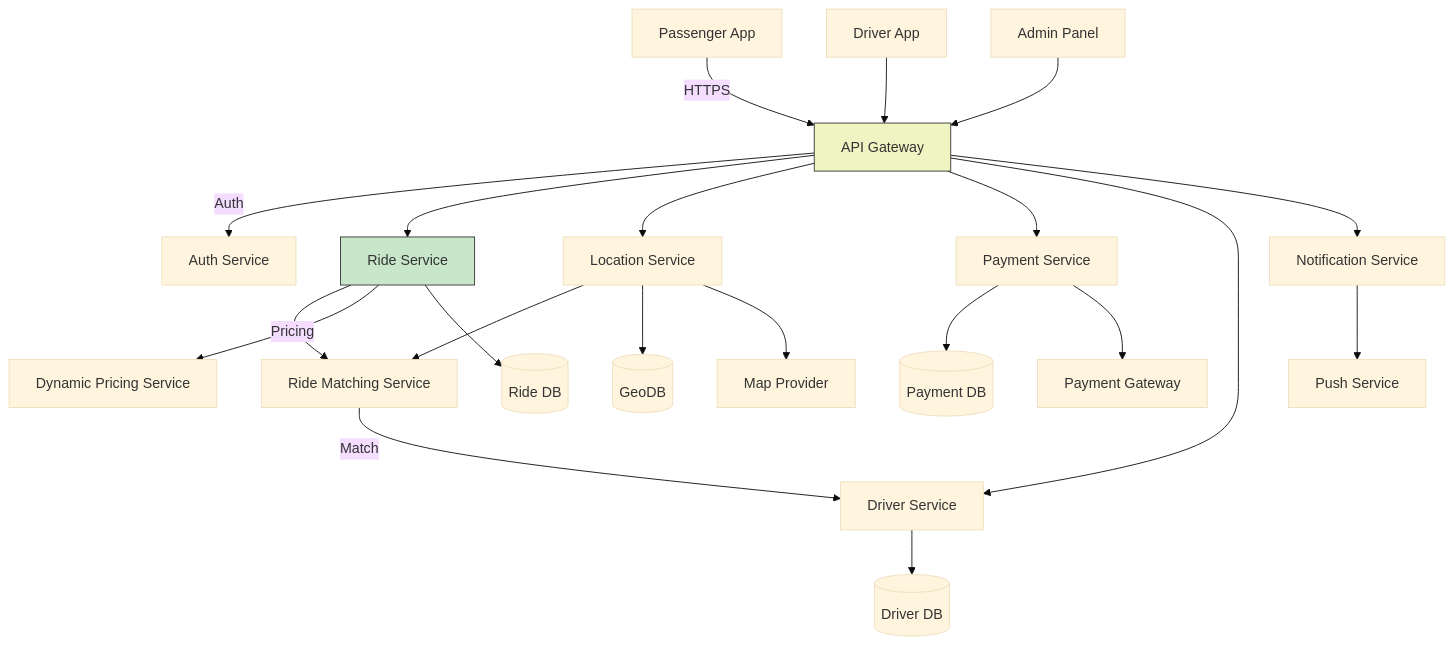
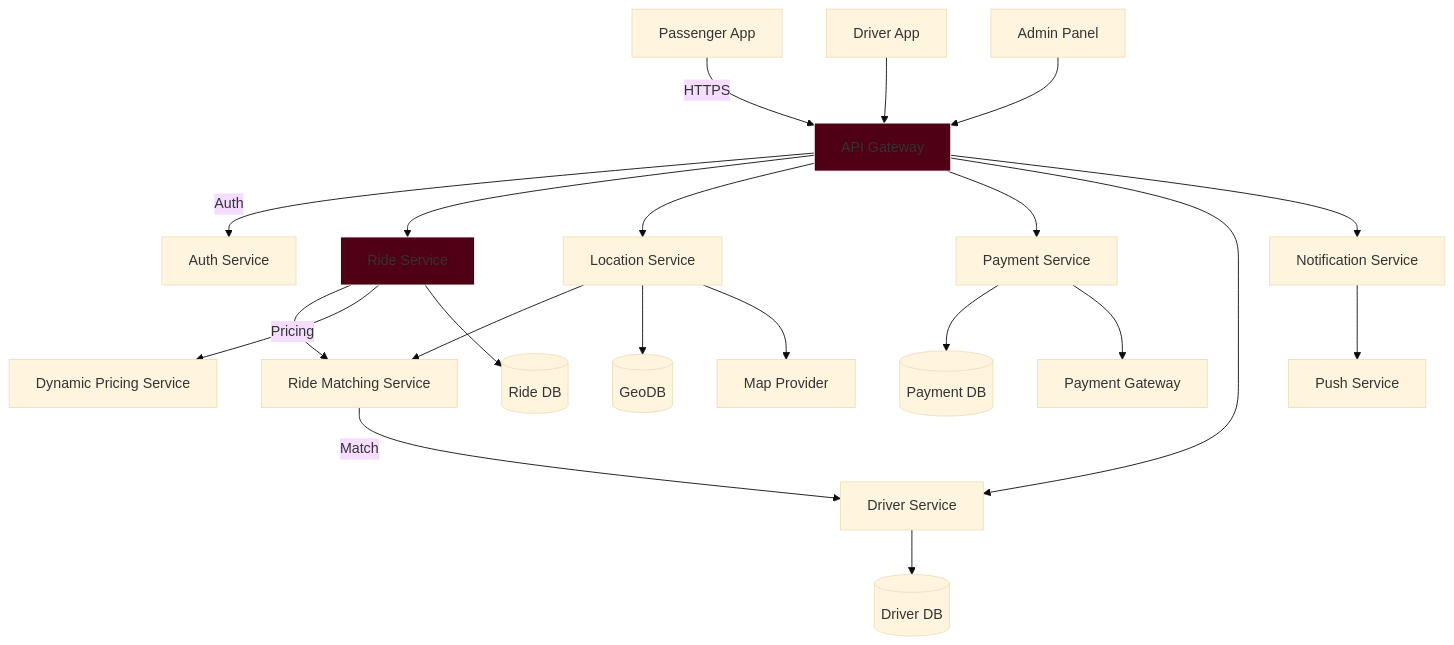
Before and after one commit to ByteBix-Projects/ride-booking-intro: the first of 4 diagrams in README.md, drawn with Mermaid (base theme).

````diff
--- a/README.md
+++ b/README.md
@@ -25,35 +25,35 @@
 ```mermaid
 graph TD
     %% Client Layer
     PA[Passenger App] -->|HTTPS| AG[API Gateway]
     DA[Driver App] --> AG
     AP[Admin Panel] --> AG
     
     %% Service Layer
     AG -->|Auth| AS[Auth Service]
     AG --> RS[Ride Service]
     AG --> LS[Location Service]
     AG --> PS[Payment Service]
     AG --> DS[Driver Service]
     AG --> NS[Notification Service]
     
     %% Core Workflow
     RS --> RMS[Ride Matching Service]
     LS --> RMS
     RMS -->|Match| DS
     RS -->|Pricing| DPS[Dynamic Pricing Service]
     
     %% Data Layer
     PS --> PD[(Payment DB)]
     LS --> GD[(GeoDB)]
     RS --> RD[(Ride DB)]
     DS --> DD[(Driver DB)]
     
     %% External Services
     LS --> MP[Map Provider]
     PS --> PG[Payment Gateway]
     NS --> PN[Push Service]
     
-    style AG fill:#f0f4c3,stroke:#333
-    style RS fill:#c8e6c9,stroke:#333
+    style AG fill:#4f0015,stroke:#fff
+    style RS fill:#4f0015,stroke:#fff
 ```
````
